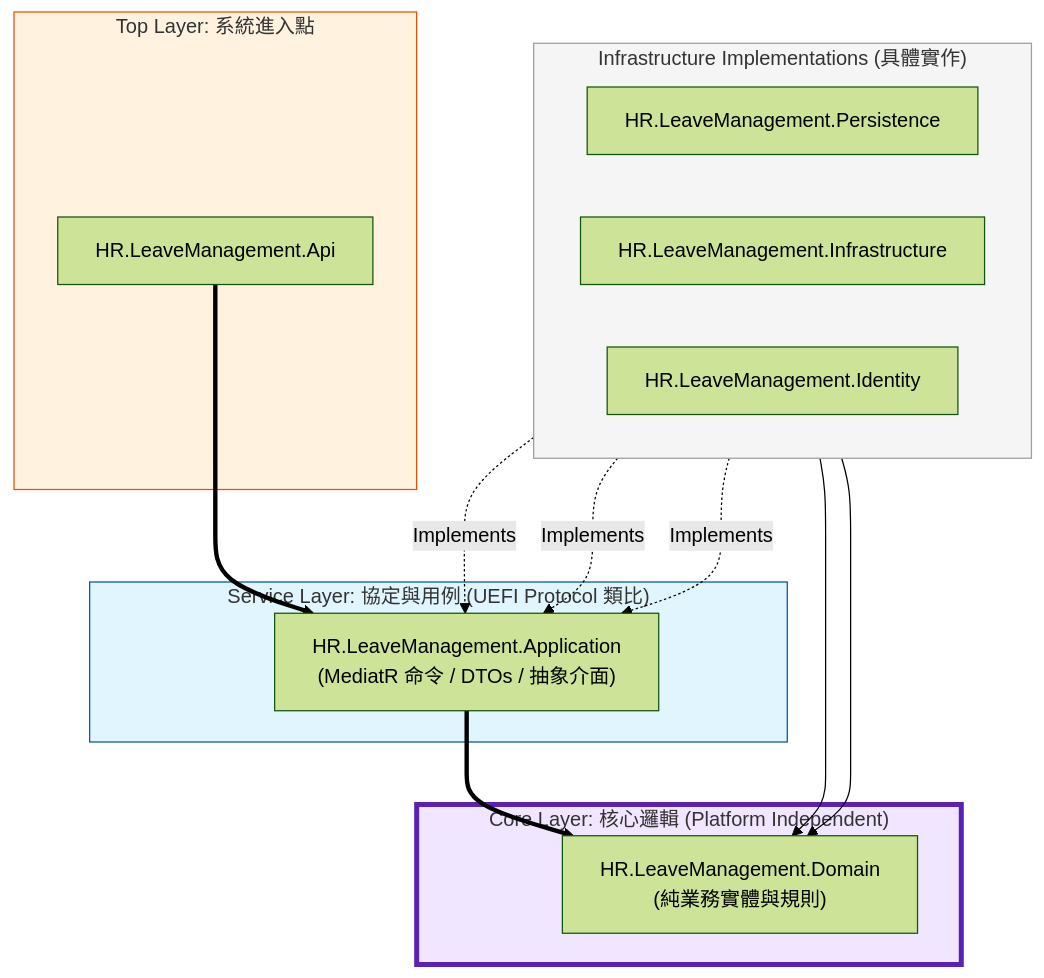
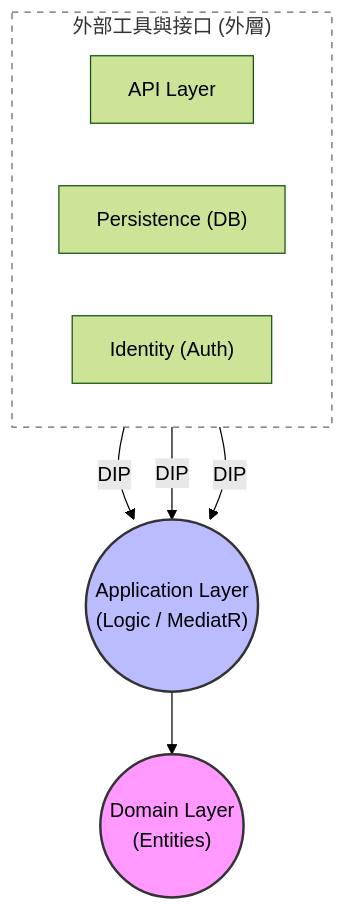
Before and after one commit to hoshisakan/HR.LeaveManagement.Clean: the first of 2 diagrams in ARCHITECTURE.md, drawn with Mermaid (forest theme). The commit also changed other lines of this file, not shown here.

Commit message:
1. docs: refine system architecture diagram and simplify design logic.

````diff
--- a/ARCHITECTURE.md
+++ b/ARCHITECTURE.md
@@ -7,40 +7,29 @@
 ```mermaid
 flowchart TD
-  subgraph Top ["Top Layer: 系統進入點"]
-    API["HR.LeaveManagement.Api"]
-  end
+    %% 定義外部工具層（橫向排列）
+    subgraph External_Tools ["外部工具與接口 (外層)"]
+        direction LR
+        API["API Layer"]
+        DB["Persistence (DB)"]
+        AUTH["Identity (Auth)"]
+    end
 
-  subgraph Impl ["Infrastructure Implementations (具體實作)"]
-    direction LR
-    Persist["HR.LeaveManagement.Persistence"]
-    Infra["HR.LeaveManagement.Infrastructure"]
-    Ident["HR.LeaveManagement.Identity"]
-  end
+    %% 定義核心邏輯層
+    APP(("Application Layer<br/>(Logic / MediatR)"))
 
-  subgraph Service ["Service Layer: 協定與用例 (UEFI Protocol 類比)"]
-    App["HR.LeaveManagement.Application<br/>(MediatR 命令 / DTOs / 抽象介面)"]
-  end
+    %% 定義最核心實體層
+    DOMAIN(("Domain Layer<br/>(Entities)"))
 
-  subgraph Core ["Core Layer: 核心邏輯 (Platform Independent)"]
-    Domain["HR.LeaveManagement.Domain<br/>(純業務實體與規則)"]
-  end
+    %% 依賴方向：全部指向中間的核心
+    API -- "DIP" --> APP
+    DB -- "DIP" --> APP
+    AUTH -- "DIP" --> APP
+    
+    %% 邏輯指向實體
+    APP --> DOMAIN
 
-  %% 依賴流向 (Dependency Flow)
-  API ==> App
-  App ==> Domain
-
-  %% 依賴反轉 (Dependency Inversion) - 實作指向介面
-  Persist -.->|Implements| App
-  Infra -.->|Implements| App
-  Ident -.->|Implements| App
-
-  %% 實作對核心的引用
-  Persist --> Domain
-  Ident --> Domain
-
-  %% 樣式美化
-  style Core fill:#f0e6ff,stroke:#5b21b6,stroke-width:4px
-  style Service fill:#e1f5fe,stroke:#01579b
-  style Top fill:#fff3e0,stroke:#e65100
-  style Impl fill:#f5f5f5,stroke:#9e9e9e
+    %% 樣式設定
+    style DOMAIN fill:#f9f,stroke:#333,stroke-width:2px
+    style APP fill:#bbf,stroke:#333,stroke-width:2px
+    style External_Tools fill:none,stroke:#666,stroke-dasharray: 5 5
 ```
````
